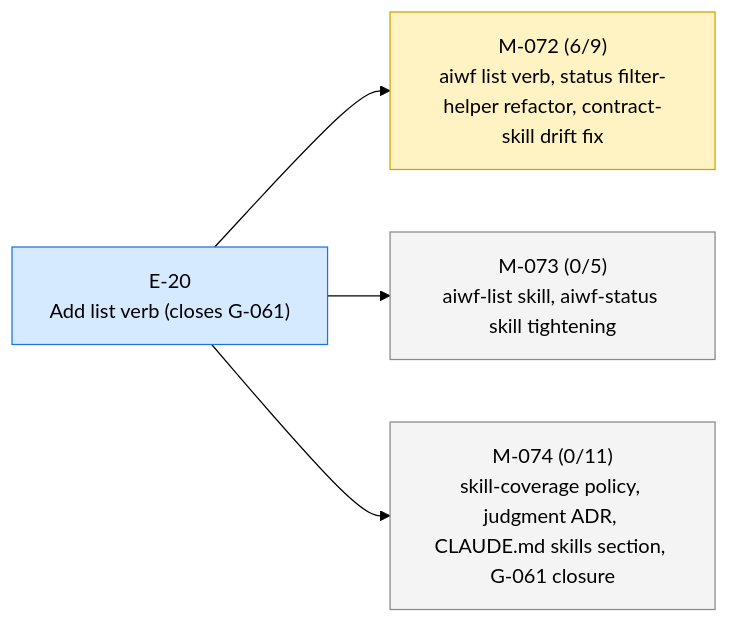
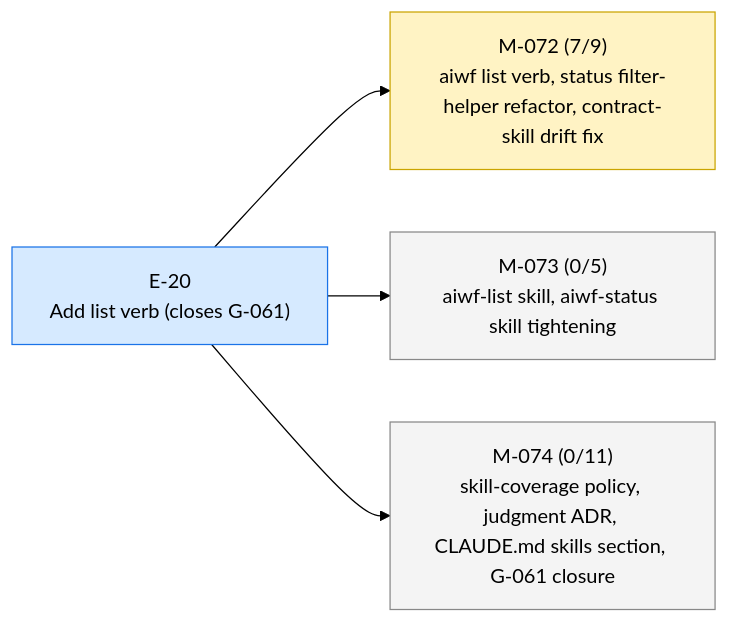
The first of 2 diagrams in STATUS.md (23min/aiwf), drawn with Mermaid (forest theme) before and after one commit. The commit also changed other lines of this file and 1 other file, not shown here.

First line of the commit message:
aiwf promote M-072/AC-6 open -> met

````diff
--- a/STATUS.md
+++ b/STATUS.md
@@ -13,16 +13,16 @@
 ```mermaid
 flowchart LR
   E_20["E-20<br/>Add list verb (closes G-061)"]:::epic_active
-  M_072["M-072 (6/9)<br/>aiwf list verb, status filter-helper refactor, contract-skill drift fix"]:::ms_in_progress
+  M_072["M-072 (7/9)<br/>aiwf list verb, status filter-helper refactor, contract-skill drift fix"]:::ms_in_progress
   E_20 --> M_072
   M_073["M-073 (0/5)<br/>aiwf-list skill, aiwf-status skill tightening"]:::ms_draft
   E_20 --> M_073
   M_074["M-074 (0/11)<br/>skill-coverage policy, judgment ADR, CLAUDE.md skills section, G-061 closure"]:::ms_draft
   E_20 --> M_074
   classDef epic_active fill:#d6eaff,stroke:#1a73e8,color:#000
   classDef epic_proposed fill:#f4f4f4,stroke:#888,color:#000
   classDef ms_done fill:#d8f5d8,stroke:#2a8a2a,color:#000
   classDef ms_in_progress fill:#fff3c4,stroke:#caa400,color:#000
   classDef ms_draft fill:#f4f4f4,stroke:#888,color:#000
   classDef ms_cancelled fill:#fbeaea,stroke:#c33,color:#000
 ```
````
